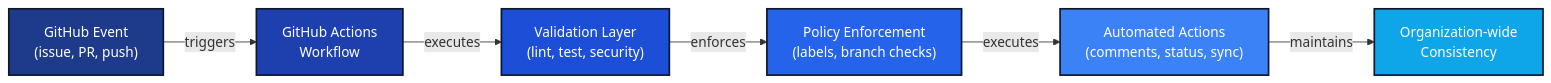
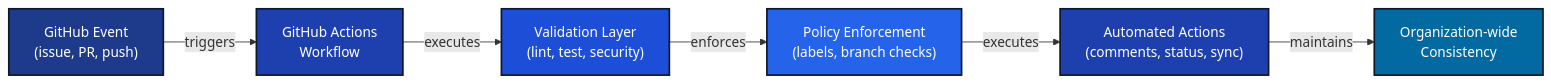
Before and after one commit to lightspeedwp/.github: the first of 4 diagrams in README.md, drawn with Mermaid. The commit also changed other lines of this file, not shown here.

Commit message:
docs: Fix Mermaid diagram color contrast to meet WCAG 2.2 AA standards

````diff
--- a/README.md
+++ b/README.md
@@ -228,22 +228,22 @@
 ```mermaid
 graph LR
     A["GitHub Event<br/>(issue, PR, push)"]
     B["GitHub Actions<br/>Workflow"]
     C["Validation Layer<br/>(lint, test, security)"]
     D["Policy Enforcement<br/>(labels, branch checks)"]
     E["Automated Actions<br/>(comments, status, sync)"]
     F["Organization-wide<br/>Consistency"]
 
     A -->|triggers| B
     B -->|executes| C
     C -->|enforces| D
     D -->|executes| E
     E -->|maintains| F
 
     style A fill:#1e3a8a,color:#ffffff,stroke:#0f172a,stroke-width:2px
     style B fill:#1e40af,color:#ffffff,stroke:#0f172a,stroke-width:2px
     style C fill:#1d4ed8,color:#ffffff,stroke:#0f172a,stroke-width:2px
     style D fill:#2563eb,color:#ffffff,stroke:#0f172a,stroke-width:2px
-    style E fill:#3b82f6,color:#ffffff,stroke:#0f172a,stroke-width:2px
-    style F fill:#0ea5e9,color:#ffffff,stroke:#0f172a,stroke-width:2px
+    style E fill:#1e40af,color:#ffffff,stroke:#0f172a,stroke-width:2px
+    style F fill:#0369a1,color:#ffffff,stroke:#0f172a,stroke-width:2px
 ```
````
